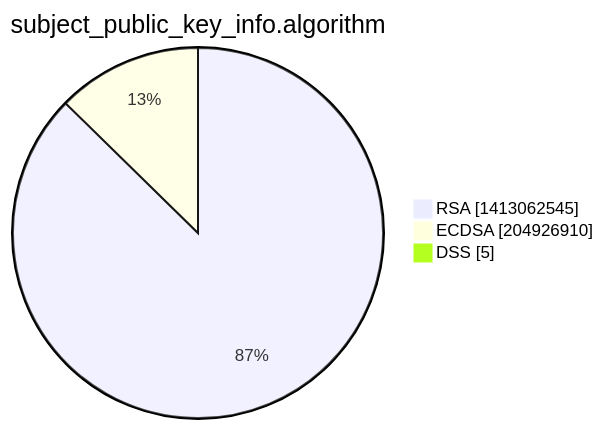
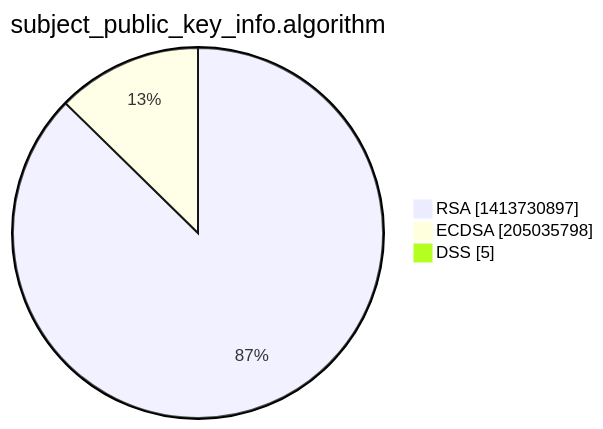
The third of 15 diagrams in xenon2022/README.md (christiankrug/ctmonitor_visualization), drawn with Mermaid before and after one commit. The commit also changed other lines of this file, not shown here.

````diff
--- a/xenon2022/README.md
+++ b/xenon2022/README.md
@@ -14,7 +14,7 @@
 ```mermaid
 pie showData
 title subject_public_key_info.algorithm
-"RSA" :1413062545
-"ECDSA" :204926910
+"RSA" :1413730897
+"ECDSA" :205035798
 "DSS" :5
 ```
````
